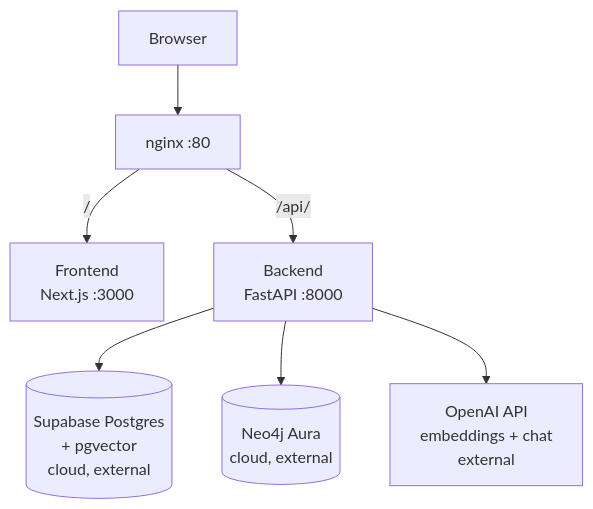
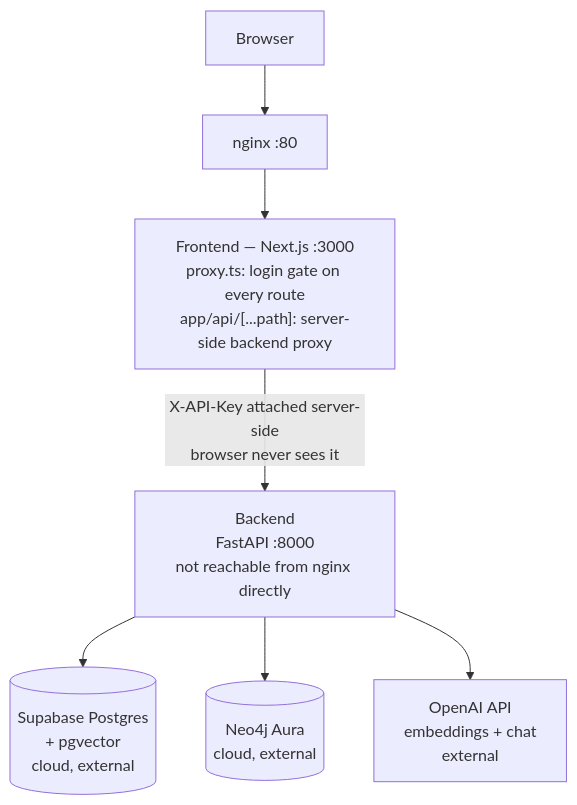
The first of 5 diagrams in README.md (saurabhkamal/Customer-Support-Knowledge-Assistant), drawn with Mermaid before and after one commit. The commit also changed other lines of this file, not shown here.

First line of the commit message:
Fix outdated architecture diagram and add AWS target diagram

````diff
--- a/README.md
+++ b/README.md
@@ -7,9 +7,9 @@
 ```mermaid
 flowchart TD
     Browser[Browser] --> Nginx[nginx :80]
-    Nginx -->|"/"| Frontend["Frontend<br/>Next.js :3000"]
-    Nginx -->|"/api/"| Backend["Backend<br/>FastAPI :8000"]
+    Nginx --> Frontend["Frontend — Next.js :3000<br/>proxy.ts: login gate on every route<br/>app/api/[...path]: server-side backend proxy"]
+    Frontend -->|"X-API-Key attached server-side<br/>browser never sees it"| Backend["Backend<br/>FastAPI :8000<br/>not reachable from nginx directly"]
     Backend --> Postgres[("Supabase Postgres<br/>+ pgvector<br/>cloud, external")]
     Backend --> Neo4j[("Neo4j Aura<br/>cloud, external")]
     Backend --> OpenAI["OpenAI API<br/>embeddings + chat<br/>external"]
 ```
````
